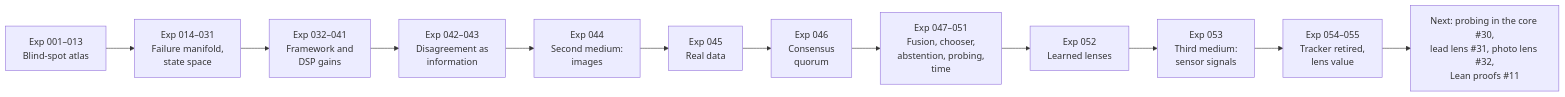
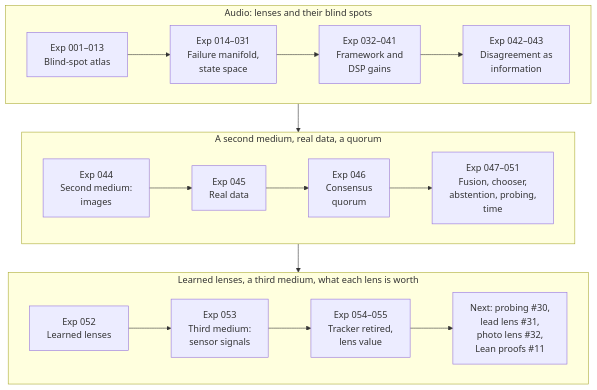
One commit to SpacekidLabs/representation-fragility-lab changed the third of 3 diagrams in README.md. Above: the diagram before and after it, drawn with Mermaid.

Commit message:
README: lay out "How we got here" in three rows (closes #34)
The extended diagram was 12 boxes in one row, which GitHub scales down
until the labels are unreadable. Three stacked rows of four keep them at
normal size.

````diff
--- a/README.md
+++ b/README.md
@@ -90,14 +90,22 @@
 ```mermaid
-flowchart LR
-    A["Exp 001–013<br/>Blind-spot atlas"] --> B["Exp 014–031<br/>Failure manifold,<br/>state space"]
-    B --> C["Exp 032–041<br/>Framework and<br/>DSP gains"]
-    C --> D["Exp 042–043<br/>Disagreement as<br/>information"]
-    D --> E["Exp 044<br/>Second medium:<br/>images"]
-    E --> G["Exp 045<br/>Real data"]
-    G --> H["Exp 046<br/>Consensus<br/>quorum"]
-    H --> I["Exp 047–051<br/>Fusion, chooser,<br/>abstention, probing,<br/>time"]
-    I --> J["Exp 052<br/>Learned lenses"]
-    J --> K["Exp 053<br/>Third medium:<br/>sensor signals"]
-    K --> L["Exp 054–055<br/>Tracker retired,<br/>lens value"]
-    L --> F["Next: probing in the core #30,<br/>lead lens #31, photo lens #32,<br/>Lean proofs #11"]
+flowchart TB
+    subgraph R1["Audio: lenses and their blind spots"]
+        direction LR
+        A["Exp 001–013<br/>Blind-spot atlas"] --> B["Exp 014–031<br/>Failure manifold,<br/>state space"]
+        B --> C["Exp 032–041<br/>Framework and<br/>DSP gains"]
+        C --> D["Exp 042–043<br/>Disagreement as<br/>information"]
+    end
+    subgraph R2["A second medium, real data, a quorum"]
+        direction LR
+        E["Exp 044<br/>Second medium:<br/>images"] --> G["Exp 045<br/>Real data"]
+        G --> H["Exp 046<br/>Consensus<br/>quorum"]
+        H --> I["Exp 047–051<br/>Fusion, chooser,<br/>abstention, probing,<br/>time"]
+    end
+    subgraph R3["Learned lenses, a third medium, what each lens is worth"]
+        direction LR
+        J["Exp 052<br/>Learned lenses"] --> K["Exp 053<br/>Third medium:<br/>sensor signals"]
+        K --> L["Exp 054–055<br/>Tracker retired,<br/>lens value"]
+        L --> F["Next: probing #30,<br/>lead lens #31,<br/>photo lens #32,<br/>Lean proofs #11"]
+    end
+    R1 --> R2 --> R3
 ```
````
